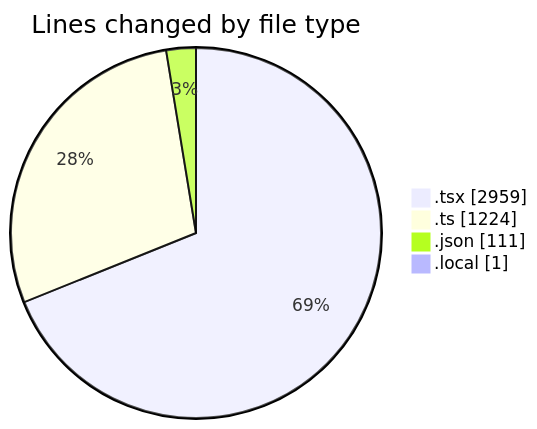
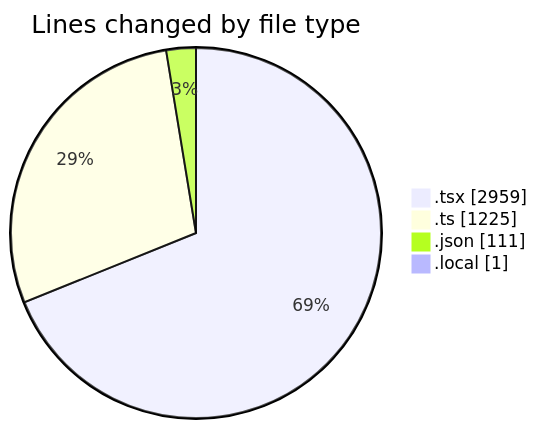
One commit to julien-gomy/code-tracking changed the first of 2 diagrams in 2025-11-08/eventscop-frontend-guide__workspace_/README.md. Above: the diagram before and after it, drawn with Mermaid. The commit also changed other lines of this file and 1 other file, not shown here.

````diff
--- a/2025-11-08/eventscop-frontend-guide__workspace_/README.md
+++ b/2025-11-08/eventscop-frontend-guide__workspace_/README.md
@@ -59,8 +59,8 @@
 ```mermaid
 pie showData
 title Lines changed by file type
 ".tsx" : 2959
-".ts" : 1224
+".ts" : 1225
 ".json" : 111
 ".local" : 1
 ```
````
